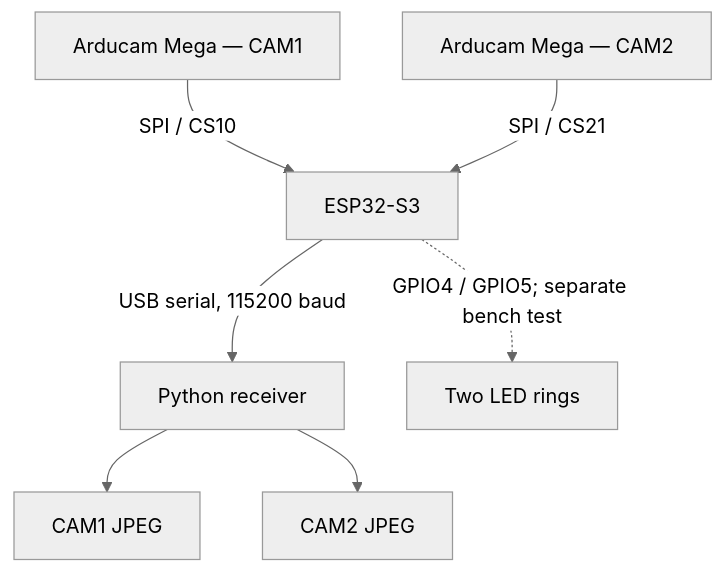
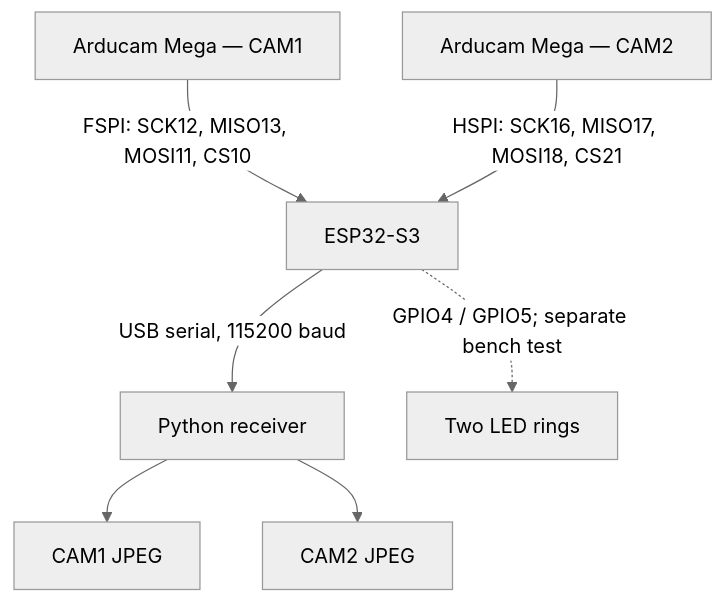
One commit to Joseph-Lombardi/ESP32-S3-Dual-Camera-System changed the diagram in README.md. Above: the diagram before and after it, drawn with Mermaid (neutral theme). The commit also changed other lines of this file and 7 other files, not shown here.

Commit message:
Correct camera architecture and wiring to independent FSPI and HSPI buses

````diff
--- a/README.md
+++ b/README.md
@@ -31,9 +31,9 @@
 ```mermaid
 flowchart TD
-    C1["Arducam Mega — CAM1"] -->|"SPI / CS10"| MCU["ESP32-S3"]
-    C2["Arducam Mega — CAM2"] -->|"SPI / CS21"| MCU
+    C1["Arducam Mega — CAM1"] -->|"FSPI: SCK12, MISO13, MOSI11, CS10"| MCU["ESP32-S3"]
+    C2["Arducam Mega — CAM2"] -->|"HSPI: SCK16, MISO17, MOSI18, CS21"| MCU
     MCU -->|"USB serial, 115200 baud"| PC["Python receiver"]
     PC --> J1["CAM1 JPEG"]
     PC --> J2["CAM2 JPEG"]
     MCU -.->|"GPIO4 / GPIO5; separate bench test"| LED["Two LED rings"]
 ```
````
